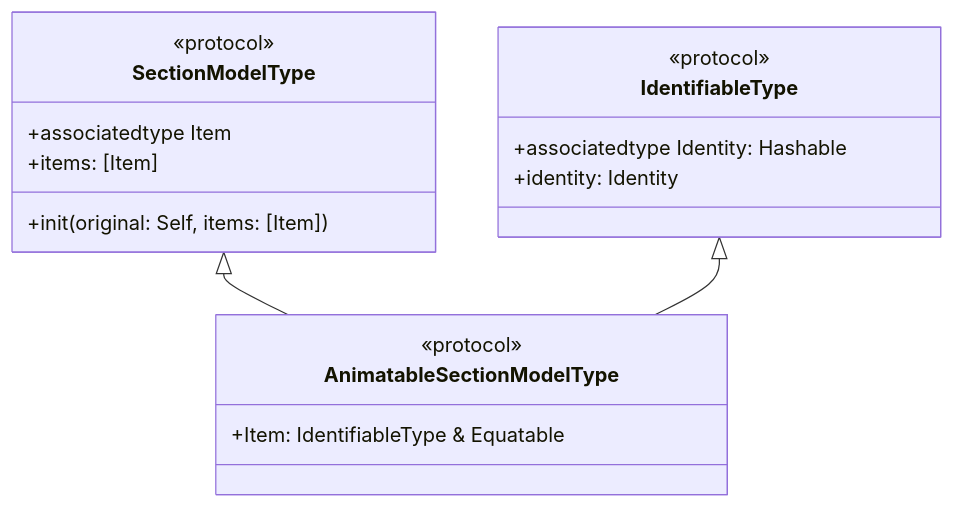
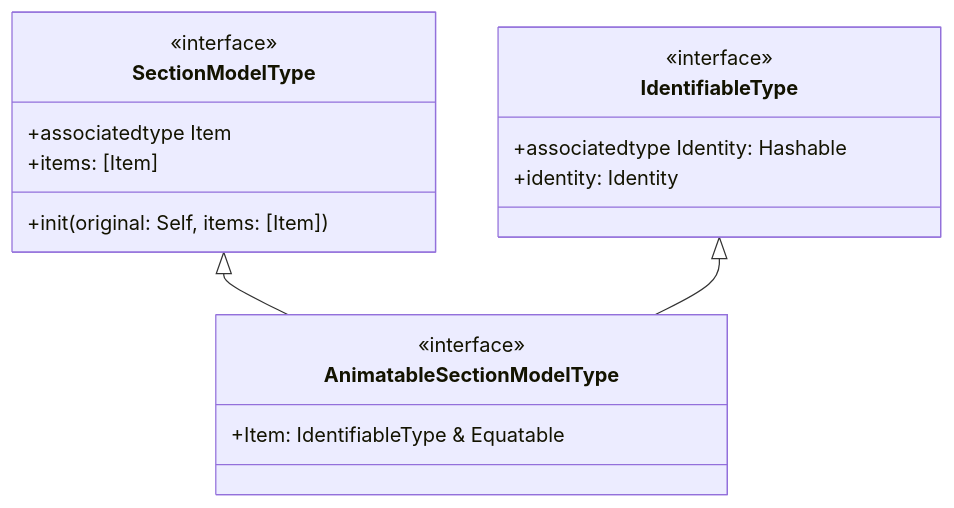
Before and after one commit to AmatsuZero/LastStand: the eighth of 10 diagrams in content/posts/interview/ios-source-analysis/RxSwift源码导读/index.md, drawn with Mermaid. The commit also changed 3 other files, not shown here.

First line of the commit message:
fix: 修复 Mermaid 11 classDiagram stereotype 白名单渲染失败

````diff
--- a/content/posts/interview/ios-source-analysis/RxSwift源码导读/index.md
+++ b/content/posts/interview/ios-source-analysis/RxSwift源码导读/index.md
@@ -1510,21 +1510,21 @@
 ```mermaid
 classDiagram
     class SectionModelType {
-        <<protocol>>
+        <<interface>>
         +associatedtype Item
         +items: [Item]
         +init(original: Self, items: [Item])
     }
     class IdentifiableType {
-        <<protocol>>
+        <<interface>>
         +associatedtype Identity: Hashable
         +identity: Identity
     }
     class AnimatableSectionModelType {
-        <<protocol>>
+        <<interface>>
         +Item: IdentifiableType & Equatable
     }
 
     SectionModelType <|-- AnimatableSectionModelType
     IdentifiableType <|-- AnimatableSectionModelType
 ```
````
